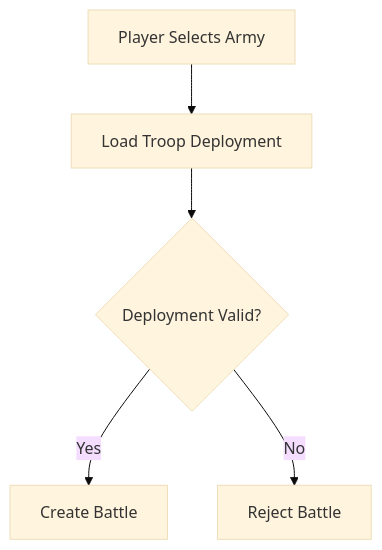
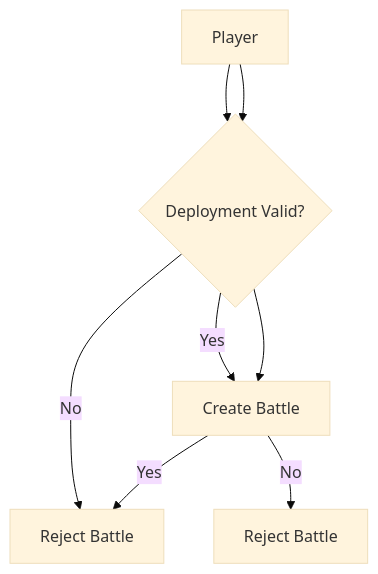
One commit to HarryJHilton/forge-database changed the diagram in docs/battle-resolution-flow.md. Above: the diagram before and after it, drawn with Mermaid (base theme).

Commit message:
Fix battle resolution flow diagram formatting

````diff
--- a/docs/battle-resolution-flow.md
+++ b/docs/battle-resolution-flow.md
@@ -3,15 +3,22 @@
 ```mermaid
 
 flowchart TD
 
 A[Player Selects Army]
 
 A --> B[Load Troop Deployment]
 
 B --> C{Deployment Valid?}
 
 C -->|Yes| D[Create Battle]
 
 C -->|No| E[Reject Battle]
 
+A[Player]
+A --> B{Deployment Valid?}
+
+B -->|Yes| C[Create Battle]
+B -->|No| D[Reject Battle]
+
+
 ```
````
